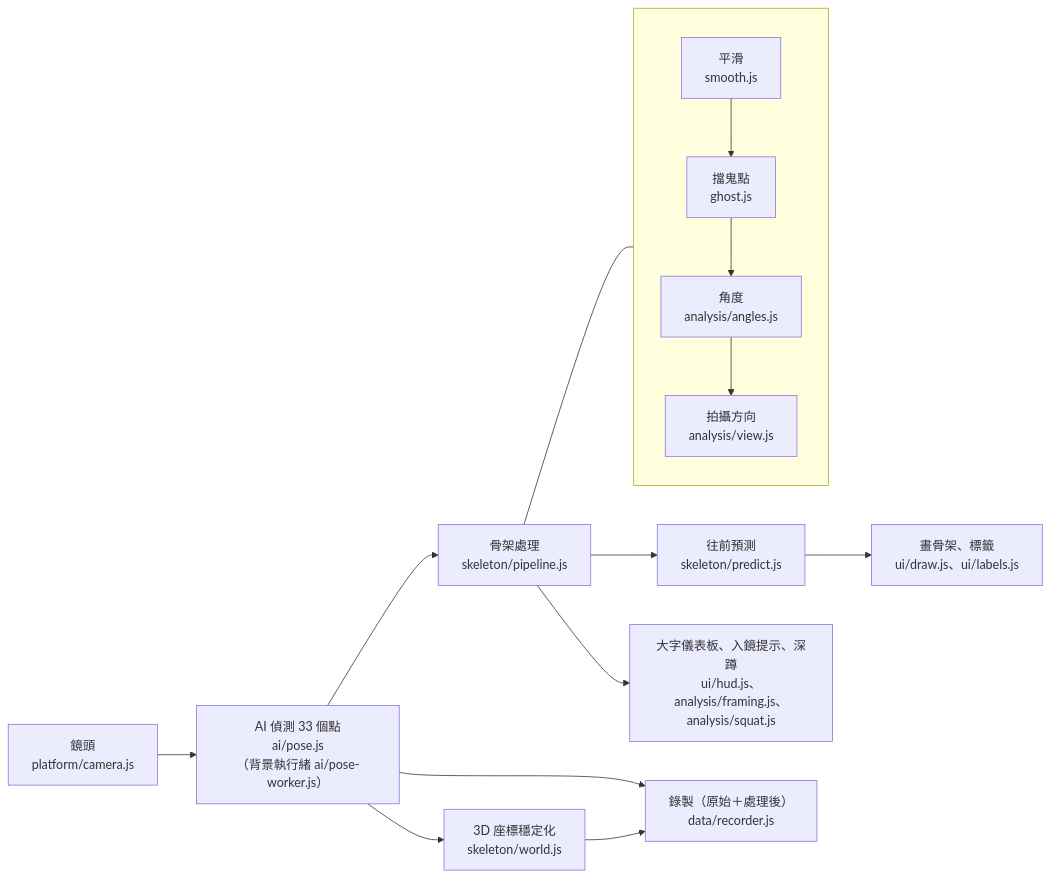
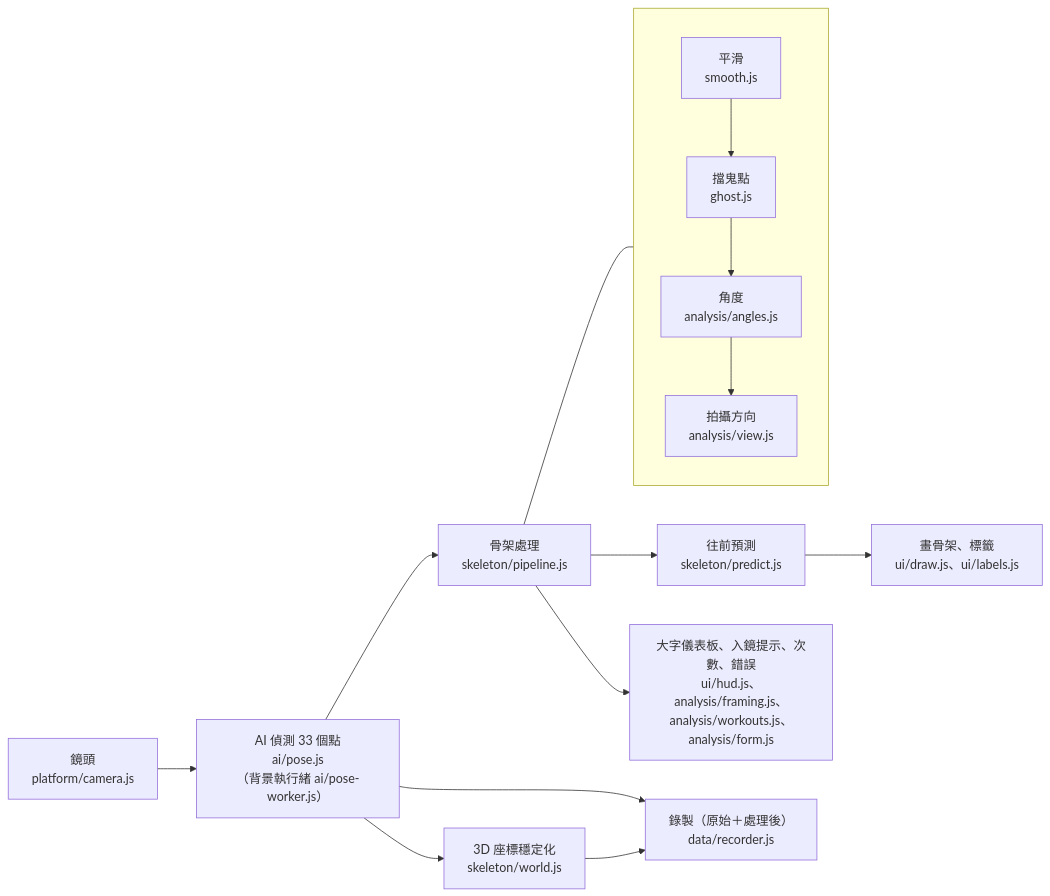
The diagram in docs/architecture.md (ttweew/claude-workspace), drawn with Mermaid before and after one commit. The commit also changed other lines of this file and 9 other files, not shown here.

````diff
--- a/docs/architecture.md
+++ b/docs/architecture.md
@@ -87,14 +89,14 @@
 ```mermaid
 flowchart LR
     CAM["鏡頭<br>platform/camera.js"] --> AI["AI 偵測 33 個點<br>ai/pose.js<br>（背景執行緒 ai/pose-worker.js）"]
     AI --> PIPE["骨架處理<br>skeleton/pipeline.js"]
     subgraph PIPE_IN [" "]
         direction TB
         S1["平滑<br>smooth.js"] --> S2["擋鬼點<br>ghost.js"] --> S3["角度<br>analysis/angles.js"] --> S4["拍攝方向<br>analysis/view.js"]
     end
     PIPE --- PIPE_IN
     PIPE --> PRED["往前預測<br>skeleton/predict.js"] --> DRAW["畫骨架、標籤<br>ui/draw.js、ui/labels.js"]
-    PIPE --> HUD["大字儀表板、入鏡提示、深蹲<br>ui/hud.js、analysis/framing.js、analysis/squat.js"]
+    PIPE --> HUD["大字儀表板、入鏡提示、次數、錯誤<br>ui/hud.js、analysis/framing.js、analysis/workouts.js、analysis/form.js"]
     AI --> REC["錄製（原始＋處理後）<br>data/recorder.js"]
     AI --> WORLD["3D 座標穩定化<br>skeleton/world.js"] --> REC
 ```
````
